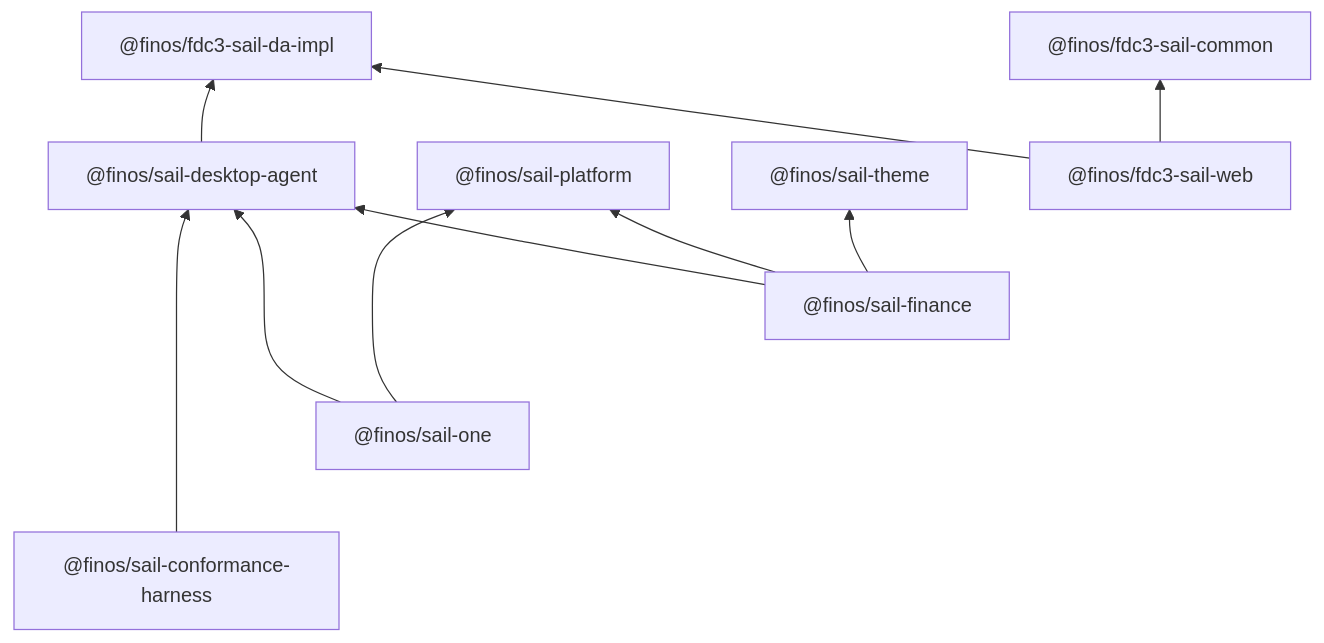
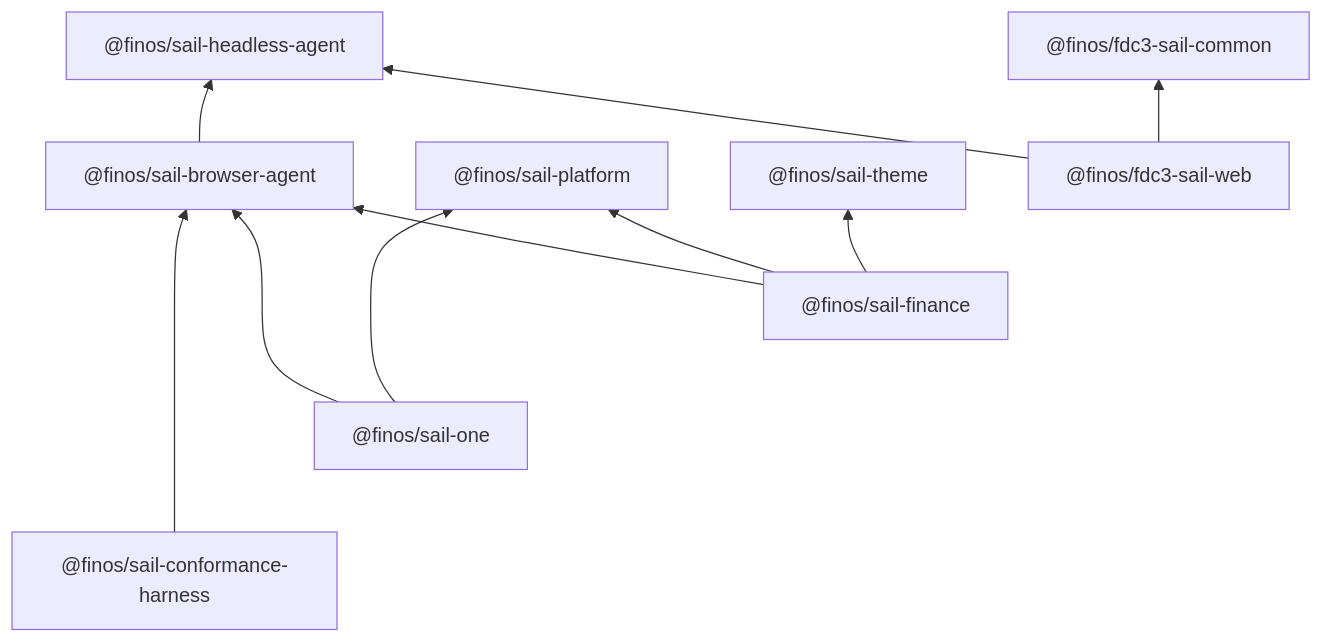
The diagram in README.md (finos/FDC3-Sail), drawn with Mermaid before and after one commit. The commit also changed other lines of this file and 239 other files, not shown here.

````diff
--- a/README.md
+++ b/README.md
@@ -37,24 +37,24 @@
 ```mermaid
 graph BT
-  Engine["@finos/fdc3-sail-da-impl"]
+  Engine["@finos/sail-headless-agent"]
   Theme["@finos/sail-theme"]
   Platform["@finos/sail-platform"]
   Common["@finos/fdc3-sail-common"]
-  DA["@finos/sail-desktop-agent"]
+  DA["@finos/sail-browser-agent"]
   V2["@finos/fdc3-sail-web"]
   Harness["@finos/sail-conformance-harness"]
   One["@finos/sail-one"]
   Finance["@finos/sail-finance"]
 
   DA --> Engine
   V2 --> Engine
   V2 --> Common
   Harness --> DA
   One --> DA
   One --> Platform
   Finance --> DA
   Finance --> Platform
   Finance --> Theme
 
   Harness ~~~ One ~~~ Finance ~~~ V2
 ```
````
